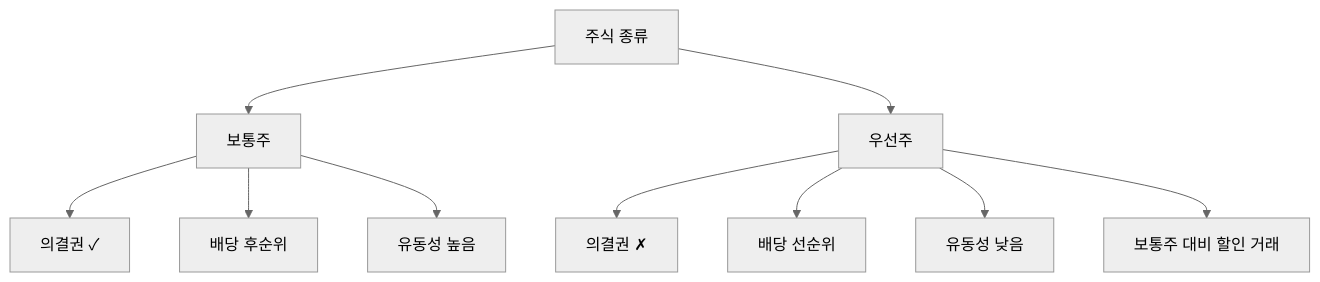
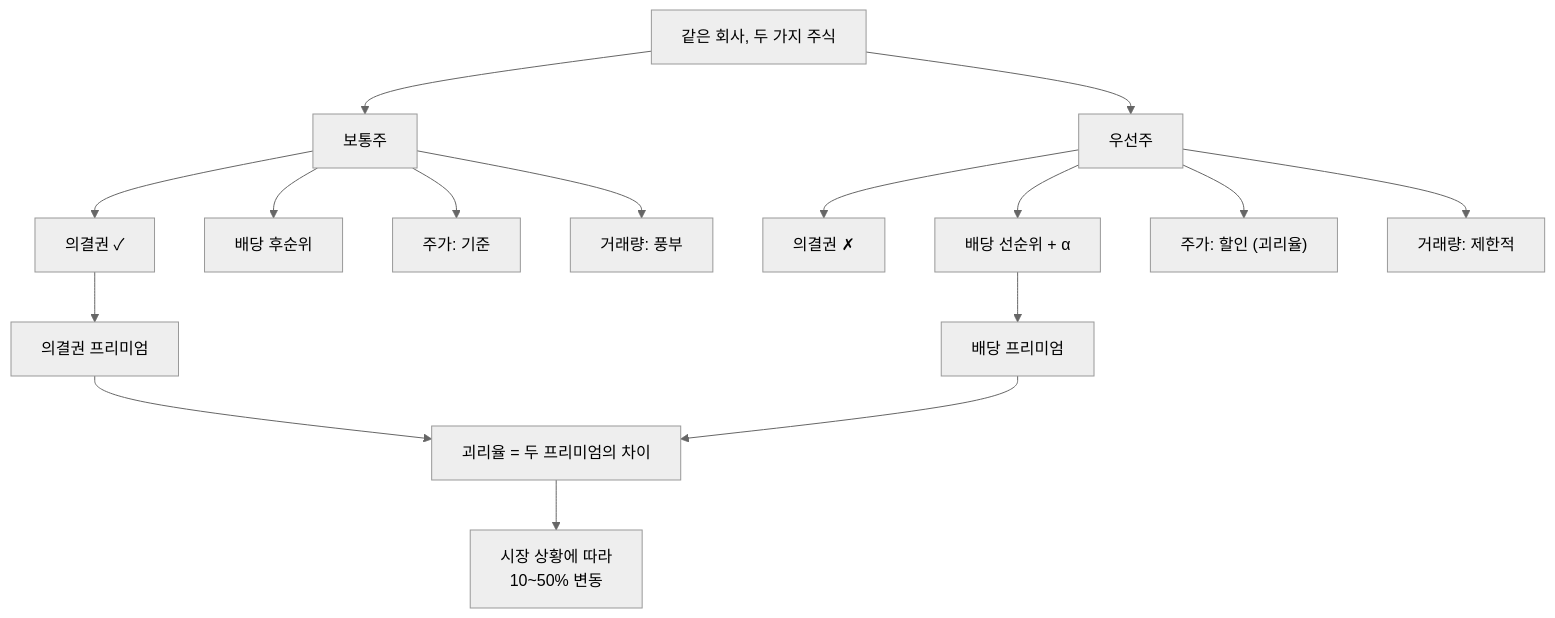
One commit to yeongseon/stock-visual-note changed the diagram in content/stock-terms/ko/level-01-basic/preferred-stock.md. Above: the diagram before and after it, drawn with Mermaid (neutral theme). The commit also changed other lines of this file, not shown here.

First line of the commit message:
content: rewrite preferred-stock.md — 괴리율 dynamics, Korea vs US, total return analysis

````diff
--- a/content/stock-terms/ko/level-01-basic/preferred-stock.md
+++ b/content/stock-terms/ko/level-01-basic/preferred-stock.md
@@ -49,12 +63,25 @@
 ```mermaid
 graph TD
-    A["주식 종류"] --> B["보통주"]
+    A["같은 회사, 두 가지 주식"]
+    
+    A --> B["보통주"]
     A --> C["우선주"]
+    
     B --> B1["의결권 ✓"]
     B --> B2["배당 후순위"]
-    B --> B3["유동성 높음"]
+    B --> B3["주가: 기준"]
+    B --> B4["거래량: 풍부"]
+    
     C --> C1["의결권 ✗"]
-    C --> C2["배당 선순위"]
-    C --> C3["유동성 낮음"]
-    C --> C4["보통주 대비 할인 거래"]
+    C --> C2["배당 선순위 + α"]
+    C --> C3["주가: 할인 (괴리율)"]
+    C --> C4["거래량: 제한적"]
+    
+    B1 --> D["의결권 프리미엄"]
+    C2 --> E["배당 프리미엄"]
+    
+    D --> F["괴리율 = 두 프리미엄의 차이"]
+    E --> F
+    
+    F --> G["시장 상황에 따라<br/>10~50% 변동"]
 ```
````
